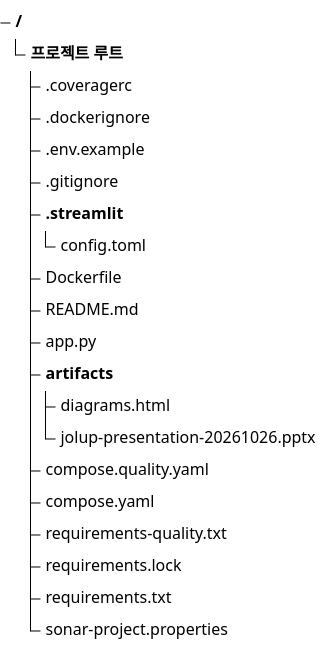
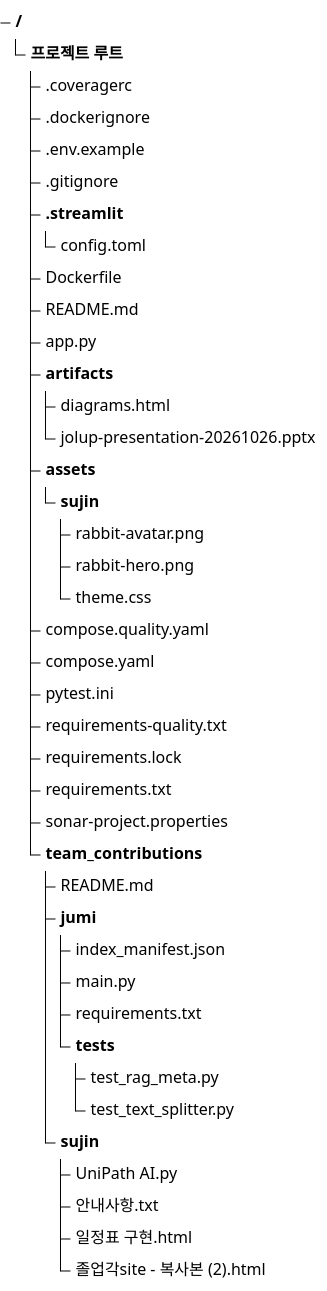
The third of 9 diagrams in docs/프로젝트_구조도.md (on21life-google/jolup-graduation-agent), drawn with Mermaid before and after one commit. The commit also changed other lines of this file and 50 other files, not shown here.

````diff
--- a/docs/프로젝트_구조도.md
+++ b/docs/프로젝트_구조도.md
@@ -147,22 +157,42 @@
 ```mermaid
 treeView-beta
     "프로젝트 루트/"
         ".coveragerc"
         ".dockerignore"
         ".env.example"
         ".gitignore"
         ".streamlit/"
             "config.toml"
         "Dockerfile"
         "README.md"
         "app.py"
         "artifacts/"
             "diagrams.html"
             "jolup-presentation-20261026.pptx"
+        "assets/"
+            "sujin/"
+                "rabbit-avatar.png"
+                "rabbit-hero.png"
+                "theme.css"
         "compose.quality.yaml"
         "compose.yaml"
+        "pytest.ini"
         "requirements-quality.txt"
         "requirements.lock"
         "requirements.txt"
         "sonar-project.properties"
+        "team_contributions/"
+            "README.md"
+            "jumi/"
+                "index_manifest.json"
+                "main.py"
+                "requirements.txt"
+                "tests/"
+                    "test_rag_meta.py"
+                    "test_text_splitter.py"
+            "sujin/"
+                "UniPath AI.py"
+                "안내사항.txt"
+                "일정표 구현.html"
+                "졸업각site - 복사본 (2).html"
 ```
````
